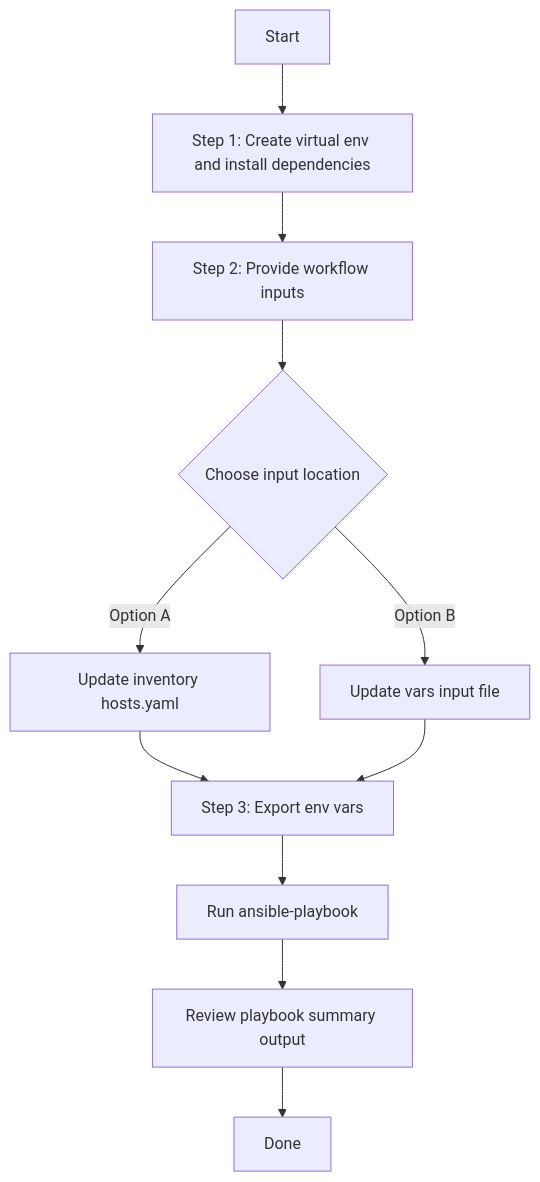
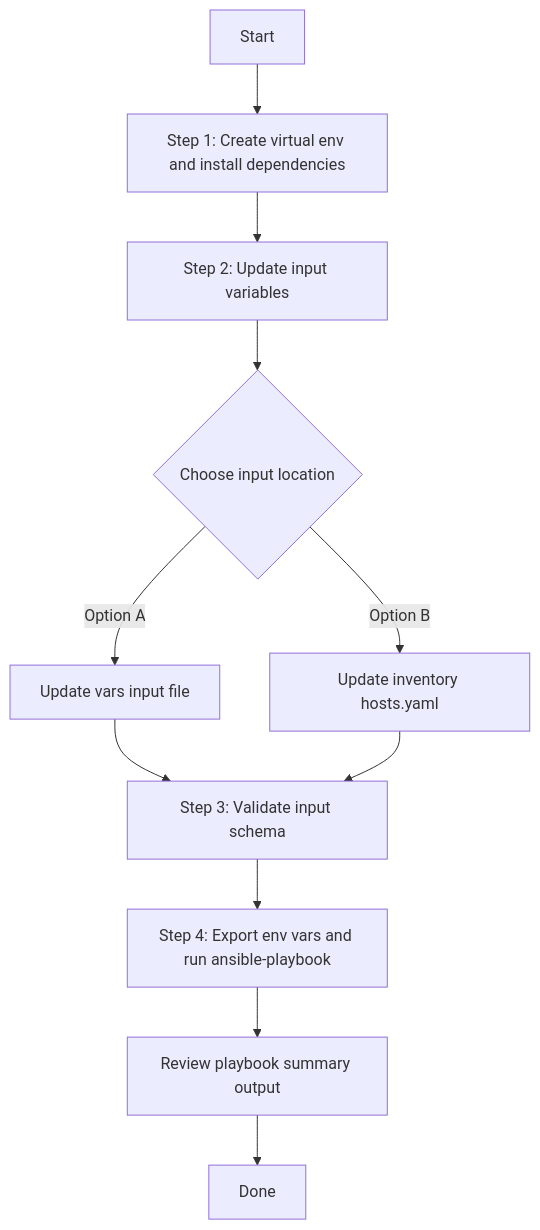
The diagram in workflows/network_settings_config_generator/README.md (cisco-en-programmability/catalyst-center-ansible-iac), drawn with Mermaid before and after one commit. The commit also changed other lines of this file and 102 other files, not shown here.

````diff
--- a/workflows/network_settings_config_generator/README.md
+++ b/workflows/network_settings_config_generator/README.md
@@ -117,13 +117,13 @@
 ```mermaid
 flowchart TD
   A[Start] --> B[Step 1: Create virtual env and install dependencies]
-  B --> C[Step 2: Provide workflow inputs]
+  B --> C[Step 2: Update input variables]
   C --> D{Choose input location}
-  D -->|Option A| E[Update inventory hosts.yaml]
-  D -->|Option B| F[Update vars input file]
-  E --> G[Step 3: Export env vars]
+  D -->|Option A| E[Update vars input file]
+  D -->|Option B| F[Update inventory hosts.yaml]
+  E --> G[Step 3: Validate input schema]
   F --> G
-  G --> H[Run ansible-playbook]
+  G --> H[Step 4: Export env vars and run ansible-playbook]
   H --> I[Review playbook summary output]
   I --> J[Done]
 ```
````
